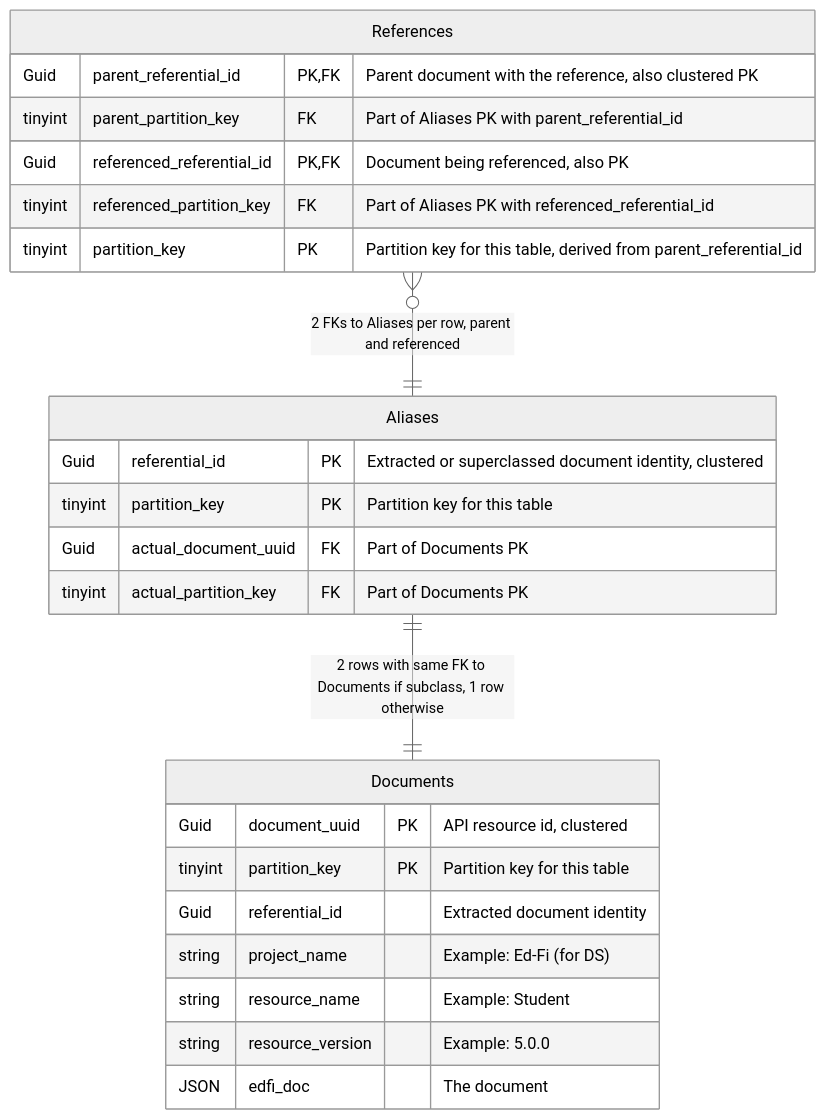
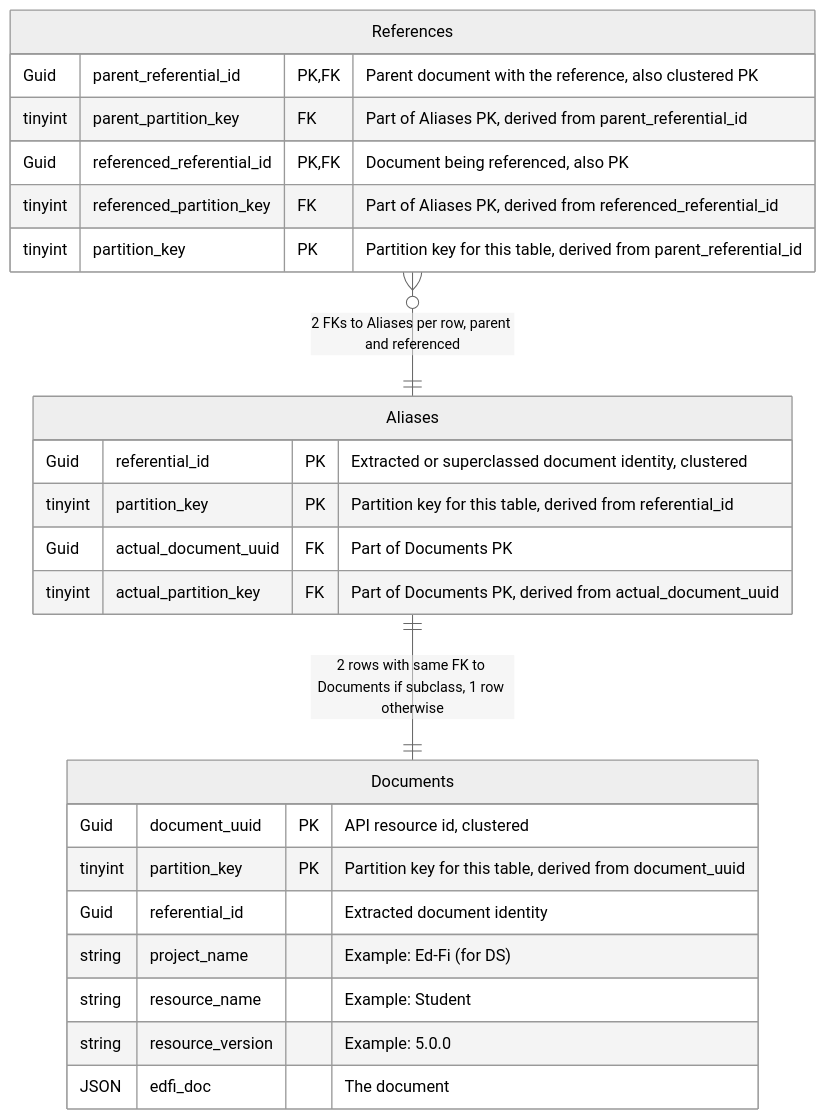
The first of 7 diagrams in docs/DMS/PRIMARY-DATA-STORAGE.md (Ed-Fi-Alliance-OSS/Project-Tanager), drawn with Mermaid (neutral theme) before and after one commit. The commit also changed other lines of this file, not shown here.

````diff
--- a/docs/DMS/PRIMARY-DATA-STORAGE.md
+++ b/docs/DMS/PRIMARY-DATA-STORAGE.md
@@ -50,28 +50,27 @@
 ```mermaid
 erDiagram
     References }o--|| Aliases : "2 FKs to Aliases per row, parent and referenced"
     References {
         Guid parent_referential_id PK, FK "Parent document with the reference, also clustered PK"
-        tinyint parent_partition_key FK "Part of Aliases PK with parent_referential_id"
+        tinyint parent_partition_key FK "Part of Aliases PK, derived from parent_referential_id"
         Guid referenced_referential_id PK, FK "Document being referenced, also PK"
-        tinyint referenced_partition_key FK "Part of Aliases PK with referenced_referential_id"
+        tinyint referenced_partition_key FK "Part of Aliases PK, derived from referenced_referential_id"
         tinyint partition_key PK "Partition key for this table, derived from parent_referential_id"
     }
     Aliases ||--|| Documents : "2 rows with same FK to Documents if subclass, 1 row otherwise"
     Aliases {
         Guid referential_id PK "Extracted or superclassed document identity, clustered"
-        tinyint partition_key PK "Partition key for this table"
+        tinyint partition_key PK "Partition key for this table, derived from referential_id"
         Guid actual_document_uuid FK "Part of Documents PK"
-        tinyint actual_partition_key FK "Part of Documents PK"
-
+        tinyint actual_partition_key FK "Part of Documents PK, derived from actual_document_uuid"
     }
     Documents {
         Guid document_uuid PK "API resource id, clustered"
-        tinyint partition_key PK "Partition key for this table"
+        tinyint partition_key PK "Partition key for this table, derived from document_uuid"
         Guid referential_id "Extracted document identity"
         string project_name "Example: Ed-Fi (for DS)"
         string resource_name "Example: Student"
         string resource_version "Example: 5.0.0"
         JSON edfi_doc "The document"
     }
 ```
````
